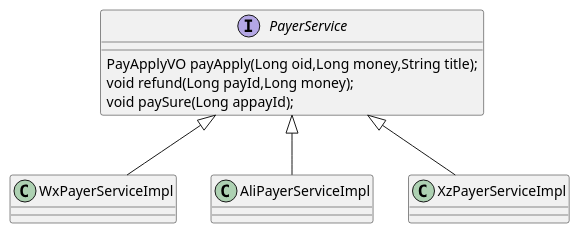
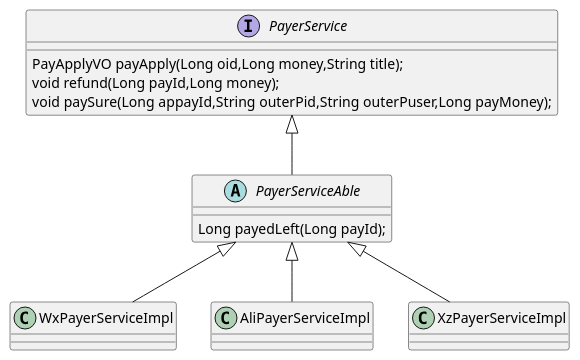
The diagram in main4-order/main4-order-api/src/main/resources/pay.puml (pogy/main-pom), drawn with PlantUML before and after one commit. The commit also changed 5 other files, not shown here.

```diff
--- a/main4-order/main4-order-api/src/main/resources/pay.puml
+++ b/main4-order/main4-order-api/src/main/resources/pay.puml
@@ -1,25 +1,30 @@
 @startuml
 
 interface PayerService{
 PayApplyVO payApply(Long oid,Long money,String title);
 void refund(Long payId,Long money);
-void paySure(Long appayId);
+void paySure(Long appayId,String outerPid,String outerPuser,Long payMoney);
+
+}
+
+abstract class PayerServiceAble{
+Long payedLeft(Long payId);
 }
 
 class WxPayerServiceImpl{
 
 }
 
 class AliPayerServiceImpl{
 
 }
 
 class XzPayerServiceImpl{
 
 }
-
-PayerService <|-- WxPayerServiceImpl
-PayerService <|-- AliPayerServiceImpl
-PayerService <|-- XzPayerServiceImpl
+PayerService <|-- PayerServiceAble
+PayerServiceAble <|-- WxPayerServiceImpl
+PayerServiceAble <|-- AliPayerServiceImpl
+PayerServiceAble <|-- XzPayerServiceImpl
 
 @enduml
```
